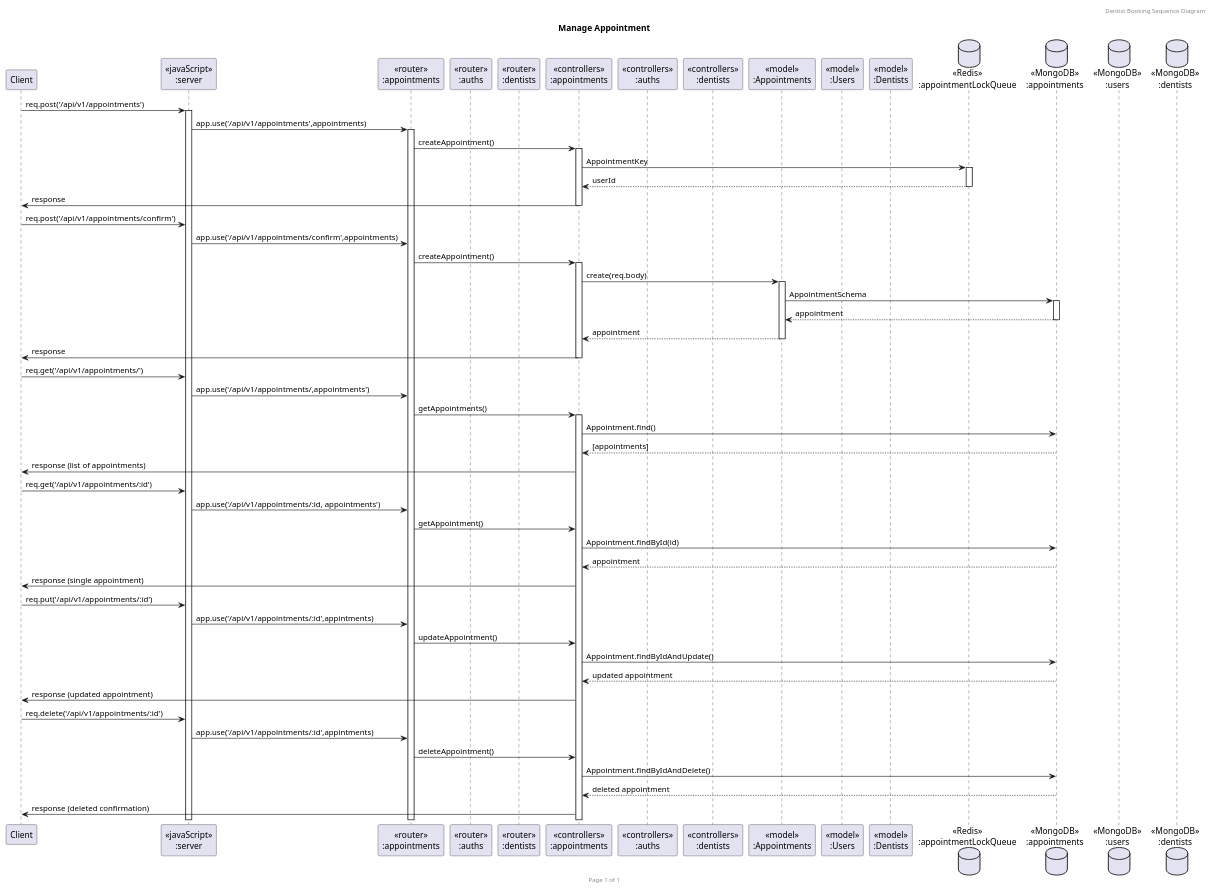
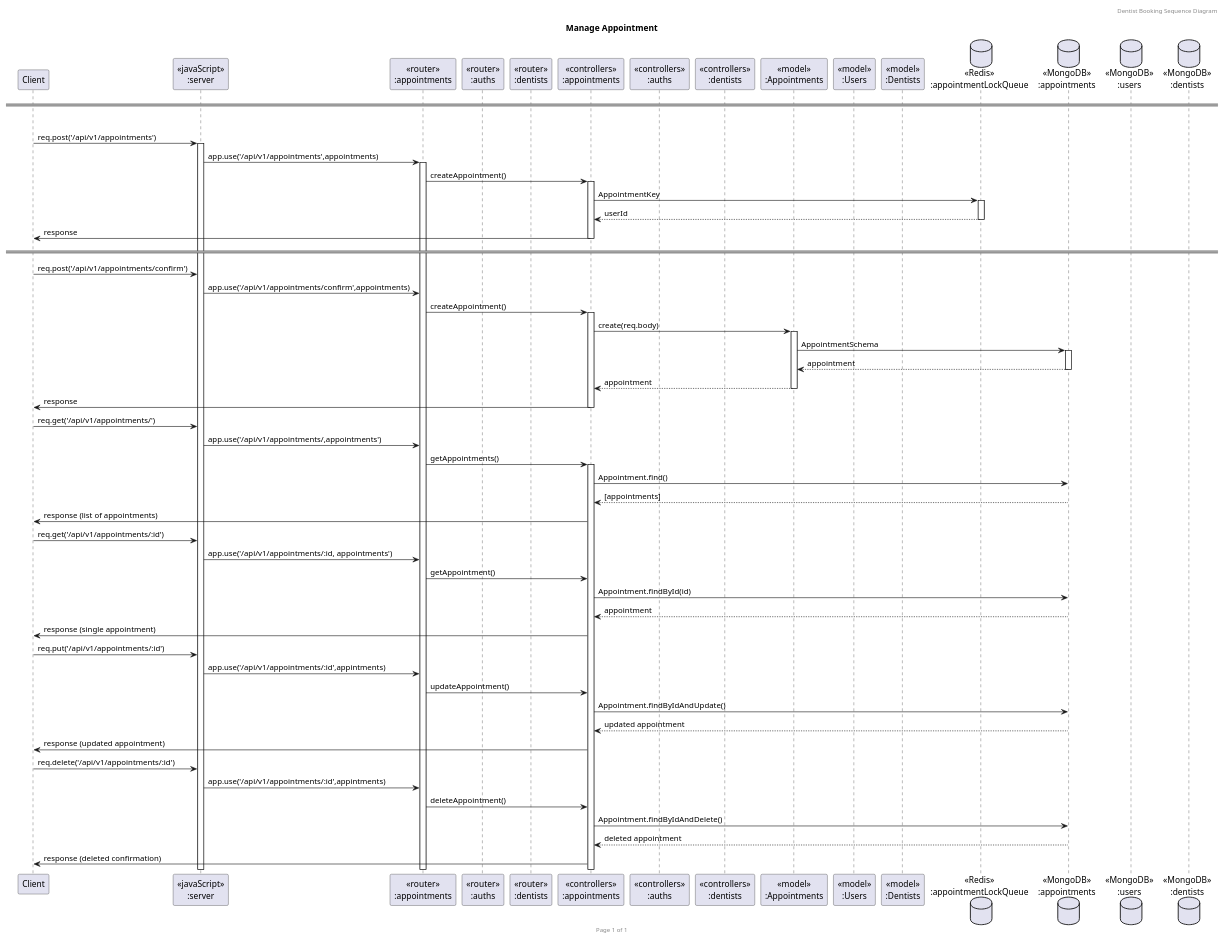
One commit to Ntchah/swdevprac changed the diagram in utils/plantUML/code/appointment.puml. Above: the diagram before and after it, drawn with PlantUML. The commit also changed 1 other file, not shown here.

```diff
--- a/utils/plantUML/code/appointment.puml
+++ b/utils/plantUML/code/appointment.puml
@@ -1,66 +1,68 @@
 @startuml
 header Dentist Booking Sequence Diagram
 footer Page %page% of %lastpage%
 title "Manage Appointment"
 
 participant "Client" as client
 participant "<<javaScript>>\n:server" as server
 participant "<<router>>\n:appointments" as routerAppointments
 participant "<<router>>\n:auths" as routerAuth
 participant "<<router>>\n:dentists" as routerDentists
 participant "<<controllers>>\n:appointments" as controllersAppointments
 participant "<<controllers>>\n:auths" as controllersAuth
 participant "<<controllers>>\n:dentists" as controllersDentists
 participant "<<model>>\n:Appointments" as modelAppointment
 participant "<<model>>\n:Users" as modelUser
 participant "<<model>>\n:Dentists" as modelDentist
 database "<<Redis>>\n:appointmentLockQueue" as AppointmentsLockDatabase
 database "<<MongoDB>>\n:appointments" as AppointmentsDatabase
 database "<<MongoDB>>\n:users" as UsersDatabase
 database "<<MongoDB>>\n:dentists" as DentistsDatabase
 
-
+== ==
+group get all appointments
 client->server ++:req.post('/api/v1/appointments')
 server->routerAppointments ++:app.use('/api/v1/appointments',appointments)
 routerAppointments -> controllersAppointments ++:createAppointment()
 controllersAppointments ->AppointmentsLockDatabase ++: AppointmentKey
 controllersAppointments <-- AppointmentsLockDatabase --:userId
 controllersAppointments->client --:response
+== ==
 
 client->server :req.post('/api/v1/appointments/confirm')
 server->routerAppointments :app.use('/api/v1/appointments/confirm',appointments)
 routerAppointments -> controllersAppointments ++:createAppointment()
 controllersAppointments->modelAppointment ++:create(req.body)
 modelAppointment ->AppointmentsDatabase ++: AppointmentSchema
 AppointmentsDatabase --> modelAppointment --: appointment
 controllersAppointments <-- modelAppointment --:appointment
 controllersAppointments->client --:response
 
 client->server :req.get('/api/v1/appointments/')
 server->routerAppointments :app.use('/api/v1/appointments/,appointments')
 routerAppointments -> controllersAppointments ++: getAppointments()
 controllersAppointments -> AppointmentsDatabase : Appointment.find()
 AppointmentsDatabase --> controllersAppointments : [appointments]
 controllersAppointments -> client : response (list of appointments)
 
 client->server :req.get('/api/v1/appointments/:id')
 server->routerAppointments :app.use('/api/v1/appointments/:id, appointments')
 routerAppointments -> controllersAppointments : getAppointment()
 controllersAppointments -> AppointmentsDatabase : Appointment.findById(id)
 AppointmentsDatabase --> controllersAppointments : appointment
 controllersAppointments -> client : response (single appointment)
 
 client->server :req.put('/api/v1/appointments/:id')
 server->routerAppointments :app.use('/api/v1/appointments/:id',appintments)
 routerAppointments -> controllersAppointments : updateAppointment()
 controllersAppointments -> AppointmentsDatabase : Appointment.findByIdAndUpdate()
 AppointmentsDatabase --> controllersAppointments : updated appointment
 controllersAppointments -> client : response (updated appointment)
 
 client->server :req.delete('/api/v1/appointments/:id')
 server->routerAppointments :app.use('/api/v1/appointments/:id',appintments)
 routerAppointments -> controllersAppointments : deleteAppointment()
 controllersAppointments -> AppointmentsDatabase : Appointment.findByIdAndDelete()
 AppointmentsDatabase --> controllersAppointments : deleted appointment
 controllersAppointments -> client : response (deleted confirmation)
 @enduml
```
